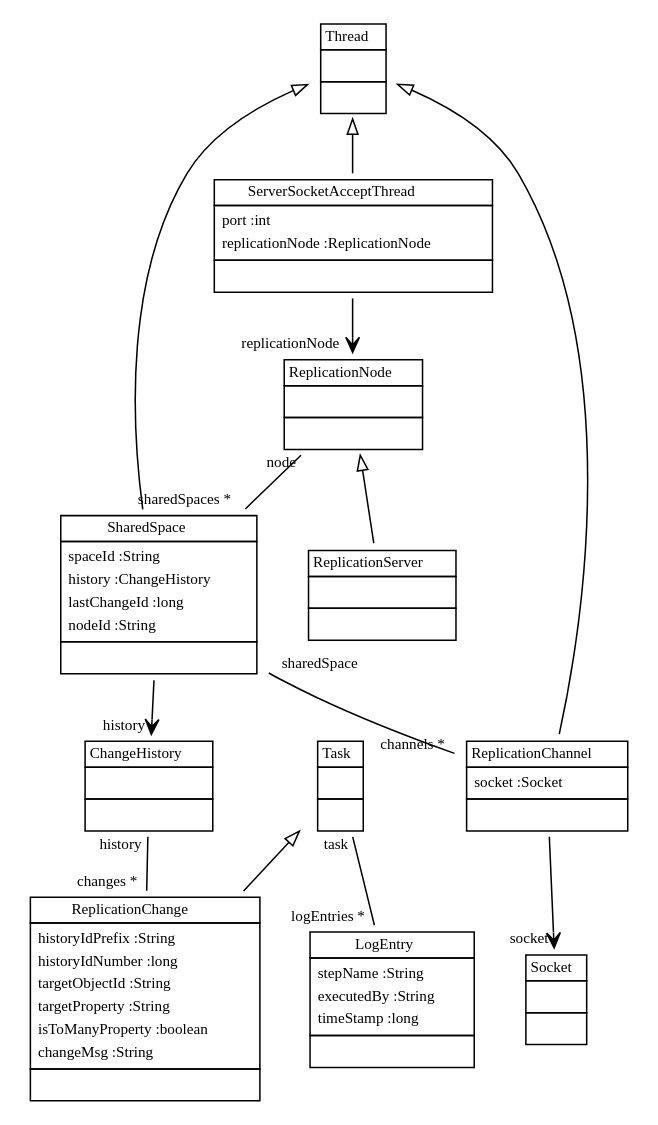
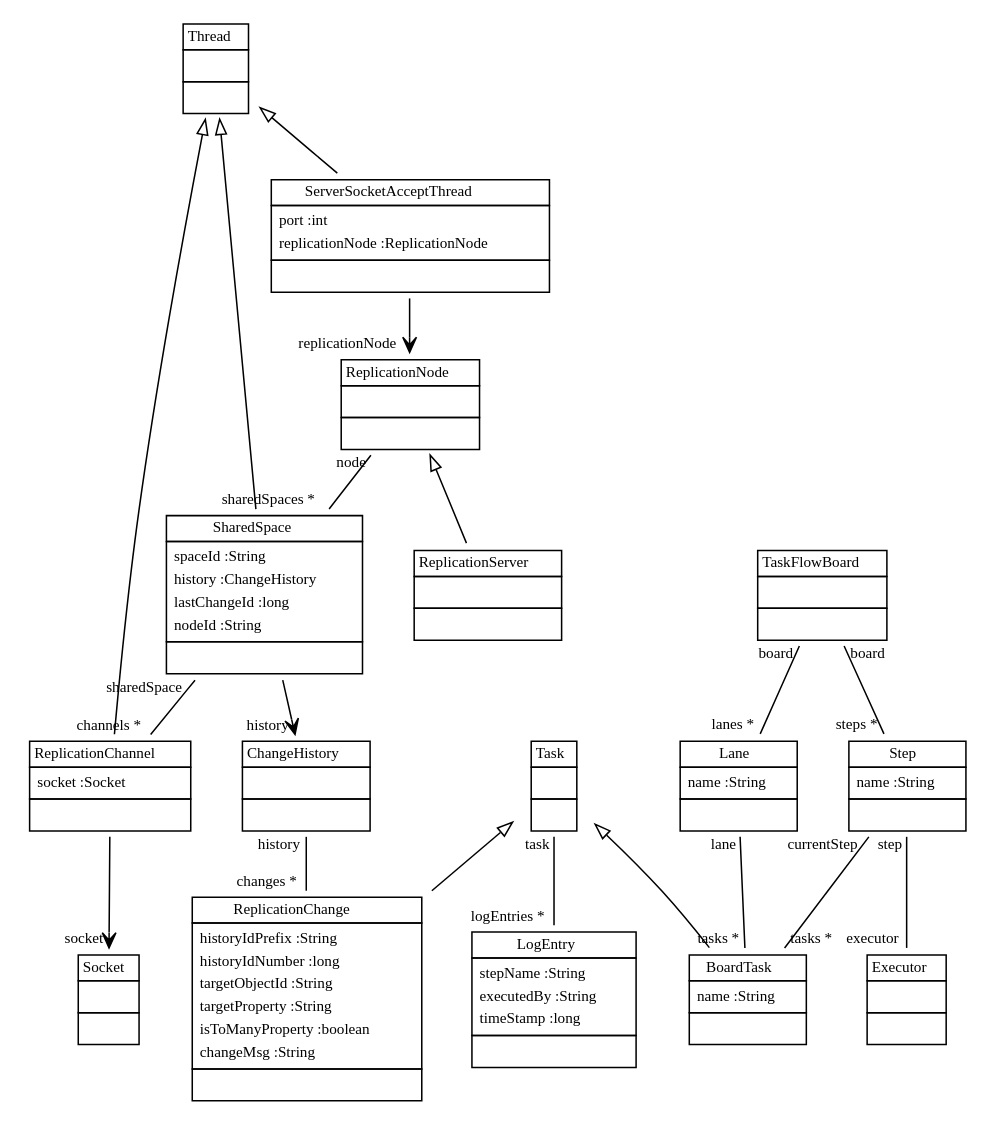
One commit to fujaba/SDMLib changed the diagram in doc/ReplicationModel01.dot. Above: the diagram before and after it, drawn with Graphviz. The commit also changed 87 other files, not shown here.

```diff
--- a/doc/ReplicationModel01.dot
+++ b/doc/ReplicationModel01.dot
@@ -1,33 +1,44 @@
 
  digraph ClassDiagram {
     node [shape = none, fontsize = 10]; 
     edge [fontsize = 10];
     
     
     _Thread [label=<<table border='0' cellborder='1' cellspacing='0'> <tr> <td HREF="../src/java/lang/Thread.java">Thread</td> </tr> <tr><td><table border='0' cellborder='0' cellspacing='0'> <tr><td> </td></tr> </table></td></tr> <tr><td><table border='0' cellborder='0' cellspacing='0'> <tr><td> </td></tr> </table></td></tr> </table>>];
     _Socket [label=<<table border='0' cellborder='1' cellspacing='0'> <tr> <td HREF="../src/java/net/Socket.java">Socket</td> </tr> <tr><td><table border='0' cellborder='0' cellspacing='0'> <tr><td> </td></tr> </table></td></tr> <tr><td><table border='0' cellborder='0' cellspacing='0'> <tr><td> </td></tr> </table></td></tr> </table>>];
     _ReplicationNode [label=<<table border='0' cellborder='1' cellspacing='0'> <tr> <td HREF="../src/org/sdmlib/replication/ReplicationNode.java">ReplicationNode</td> </tr> <tr><td><table border='0' cellborder='0' cellspacing='0'> <tr><td> </td></tr> </table></td></tr> <tr><td><table border='0' cellborder='0' cellspacing='0'> <tr><td> </td></tr> </table></td></tr> </table>>];
     _SharedSpace [label=<<table border='0' cellborder='1' cellspacing='0'> <tr> <td HREF="../src/org/sdmlib/replication/SharedSpace.java">SharedSpace</td> </tr> <tr><td><table border='0' cellborder='0' cellspacing='0'> <tr><td align='left'>spaceId :String</td></tr> <tr><td align='left'>history :ChangeHistory</td></tr> <tr><td align='left'>lastChangeId :long</td></tr> <tr><td align='left'>nodeId :String</td></tr>  </table></td></tr> <tr><td><table border='0' cellborder='0' cellspacing='0'> <tr><td> </td></tr> </table></td></tr> </table>>];
     _ReplicationChannel [label=<<table border='0' cellborder='1' cellspacing='0'> <tr> <td HREF="../src/org/sdmlib/replication/ReplicationChannel.java">ReplicationChannel</td> </tr> <tr><td><table border='0' cellborder='0' cellspacing='0'> <tr><td align='left'>socket :Socket</td></tr>  </table></td></tr> <tr><td><table border='0' cellborder='0' cellspacing='0'> <tr><td> </td></tr> </table></td></tr> </table>>];
     _ReplicationServer [label=<<table border='0' cellborder='1' cellspacing='0'> <tr> <td HREF="../src/org/sdmlib/replication/ReplicationServer.java">ReplicationServer</td> </tr> <tr><td><table border='0' cellborder='0' cellspacing='0'> <tr><td> </td></tr> </table></td></tr> <tr><td><table border='0' cellborder='0' cellspacing='0'> <tr><td> </td></tr> </table></td></tr> </table>>];
     _ServerSocketAcceptThread [label=<<table border='0' cellborder='1' cellspacing='0'> <tr> <td HREF="../src/org/sdmlib/replication/ServerSocketAcceptThread.java">ServerSocketAcceptThread</td> </tr> <tr><td><table border='0' cellborder='0' cellspacing='0'> <tr><td align='left'>port :int</td></tr> <tr><td align='left'>replicationNode :ReplicationNode</td></tr>  </table></td></tr> <tr><td><table border='0' cellborder='0' cellspacing='0'> <tr><td> </td></tr> </table></td></tr> </table>>];
     _Task [label=<<table border='0' cellborder='1' cellspacing='0'> <tr> <td HREF="../src/org/sdmlib/replication/Task.java">Task</td> </tr> <tr><td><table border='0' cellborder='0' cellspacing='0'> <tr><td> </td></tr> </table></td></tr> <tr><td><table border='0' cellborder='0' cellspacing='0'> <tr><td> </td></tr> </table></td></tr> </table>>];
     _LogEntry [label=<<table border='0' cellborder='1' cellspacing='0'> <tr> <td HREF="../src/org/sdmlib/replication/LogEntry.java">LogEntry</td> </tr> <tr><td><table border='0' cellborder='0' cellspacing='0'> <tr><td align='left'>stepName :String</td></tr> <tr><td align='left'>executedBy :String</td></tr> <tr><td align='left'>timeStamp :long</td></tr>  </table></td></tr> <tr><td><table border='0' cellborder='0' cellspacing='0'> <tr><td> </td></tr> </table></td></tr> </table>>];
     _ChangeHistory [label=<<table border='0' cellborder='1' cellspacing='0'> <tr> <td HREF="../src/org/sdmlib/replication/ChangeHistory.java">ChangeHistory</td> </tr> <tr><td><table border='0' cellborder='0' cellspacing='0'> <tr><td> </td></tr> </table></td></tr> <tr><td><table border='0' cellborder='0' cellspacing='0'> <tr><td> </td></tr> </table></td></tr> </table>>];
     _ReplicationChange [label=<<table border='0' cellborder='1' cellspacing='0'> <tr> <td HREF="../src/org/sdmlib/replication/ReplicationChange.java">ReplicationChange</td> </tr> <tr><td><table border='0' cellborder='0' cellspacing='0'> <tr><td align='left'>historyIdPrefix :String</td></tr> <tr><td align='left'>historyIdNumber :long</td></tr> <tr><td align='left'>targetObjectId :String</td></tr> <tr><td align='left'>targetProperty :String</td></tr> <tr><td align='left'>isToManyProperty :boolean</td></tr> <tr><td align='left'>changeMsg :String</td></tr>  </table></td></tr> <tr><td><table border='0' cellborder='0' cellspacing='0'> <tr><td> </td></tr> </table></td></tr> </table>>];
+    _TaskFlowBoard [label=<<table border='0' cellborder='1' cellspacing='0'> <tr> <td HREF="../src/org/sdmlib/replication/TaskFlowBoard.java">TaskFlowBoard</td> </tr> <tr><td><table border='0' cellborder='0' cellspacing='0'> <tr><td> </td></tr> </table></td></tr> <tr><td><table border='0' cellborder='0' cellspacing='0'> <tr><td> </td></tr> </table></td></tr> </table>>];
+    _Lane [label=<<table border='0' cellborder='1' cellspacing='0'> <tr> <td HREF="../src/org/sdmlib/replication/Lane.java">Lane</td> </tr> <tr><td><table border='0' cellborder='0' cellspacing='0'> <tr><td align='left'>name :String</td></tr>  </table></td></tr> <tr><td><table border='0' cellborder='0' cellspacing='0'> <tr><td> </td></tr> </table></td></tr> </table>>];
+    _Step [label=<<table border='0' cellborder='1' cellspacing='0'> <tr> <td HREF="../src/org/sdmlib/replication/Step.java">Step</td> </tr> <tr><td><table border='0' cellborder='0' cellspacing='0'> <tr><td align='left'>name :String</td></tr>  </table></td></tr> <tr><td><table border='0' cellborder='0' cellspacing='0'> <tr><td> </td></tr> </table></td></tr> </table>>];
+    _Executor [label=<<table border='0' cellborder='1' cellspacing='0'> <tr> <td HREF="../src/org/sdmlib/replication/Executor.java">Executor</td> </tr> <tr><td><table border='0' cellborder='0' cellspacing='0'> <tr><td> </td></tr> </table></td></tr> <tr><td><table border='0' cellborder='0' cellspacing='0'> <tr><td> </td></tr> </table></td></tr> </table>>];
+    _BoardTask [label=<<table border='0' cellborder='1' cellspacing='0'> <tr> <td HREF="../src/org/sdmlib/replication/BoardTask.java">BoardTask</td> </tr> <tr><td><table border='0' cellborder='0' cellspacing='0'> <tr><td align='left'>name :String</td></tr>  </table></td></tr> <tr><td><table border='0' cellborder='0' cellspacing='0'> <tr><td> </td></tr> </table></td></tr> </table>>];
     
     
     
     _Thread ->  _SharedSpace [dir = "back" arrowtail = "empty"];
     _Thread ->  _ReplicationChannel [dir = "back" arrowtail = "empty"];
     _ReplicationNode ->  _ReplicationServer [dir = "back" arrowtail = "empty"];
     _Thread ->  _ServerSocketAcceptThread [dir = "back" arrowtail = "empty"];
     _Task ->  _ReplicationChange [dir = "back" arrowtail = "empty"];
+    _Task ->  _BoardTask [dir = "back" arrowtail = "empty"];
     _ReplicationNode -> _SharedSpace [headlabel = "sharedSpaces *" taillabel = "node" arrowhead = "none" ];
     _SharedSpace -> _ReplicationChannel [headlabel = "channels *" taillabel = "sharedSpace" arrowhead = "none" ];
     _Task -> _LogEntry [headlabel = "logEntries *" taillabel = "task" arrowhead = "none" ];
     _ChangeHistory -> _ReplicationChange [headlabel = "changes *" taillabel = "history" arrowhead = "none" ];
+    _TaskFlowBoard -> _Lane [headlabel = "lanes *" taillabel = "board" arrowhead = "none" ];
+    _TaskFlowBoard -> _Step [headlabel = "steps *" taillabel = "board" arrowhead = "none" ];
+    _Step -> _Executor [headlabel = "executor" taillabel = "step" arrowhead = "none" ];
+    _Step -> _BoardTask [headlabel = "tasks *" taillabel = "currentStep" arrowhead = "none" ];
+    _Lane -> _BoardTask [headlabel = "tasks *" taillabel = "lane" arrowhead = "none" ];
     _SharedSpace -> _ChangeHistory [headlabel = "history" taillabel = "" arrowhead = "vee" ];
     _ReplicationChannel -> _Socket [headlabel = "socket" taillabel = "" arrowhead = "vee" ];
     _ServerSocketAcceptThread -> _ReplicationNode [headlabel = "replicationNode" taillabel = "" arrowhead = "vee" ];
 }
```
